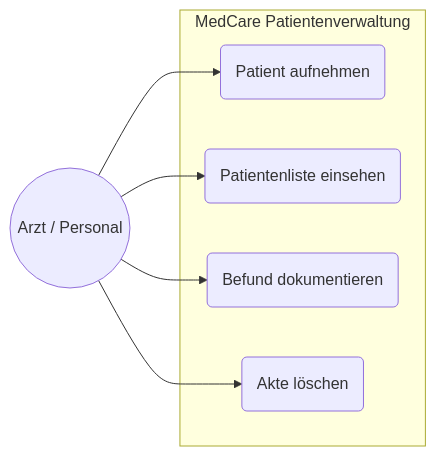
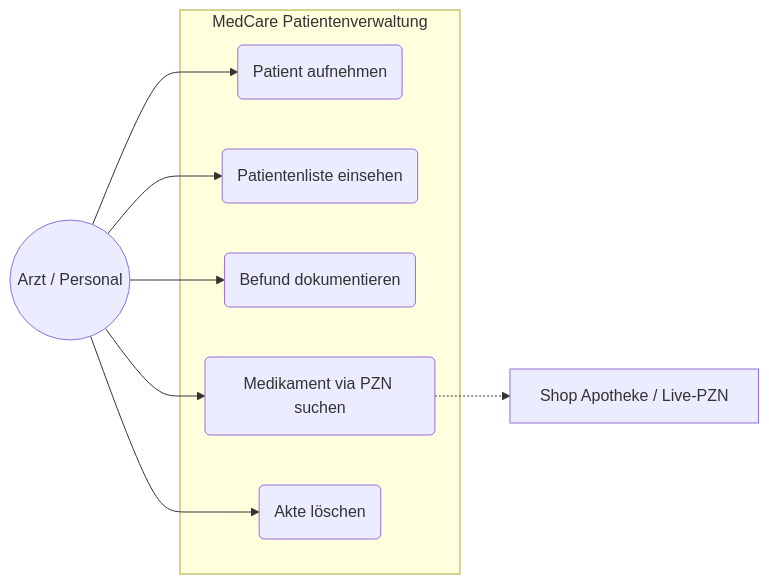
One commit to T-Boyke/C-Sharp-ASP-Fundamentals changed the second of 6 diagrams in 07_Patienten/docs/07_Patienten_UML_Architecture.md. Above: the diagram before and after it, drawn with Mermaid. The commit also changed other lines of this file and 3 other files, not shown here.

````diff
--- a/07_Patienten/docs/07_Patienten_UML_Architecture.md
+++ b/07_Patienten/docs/07_Patienten_UML_Architecture.md
@@ -49,16 +71,20 @@
 ```mermaid
 graph LR
     Staff((Arzt / Personal))
+    Extern[Shop Apotheke / Live-PZN]
     
     subgraph MedCare [MedCare Patientenverwaltung]
         UC1(Patient aufnehmen)
         UC2(Patientenliste einsehen)
         UC3(Befund dokumentieren)
-        UC4(Akte löschen)
+        UC4(Medikament via PZN suchen)
+        UC5(Akte löschen)
     end
     
     Staff --> UC1
     Staff --> UC2
     Staff --> UC3
     Staff --> UC4
+    UC4 -.-> Extern
+    Staff --> UC5
 ```
````
